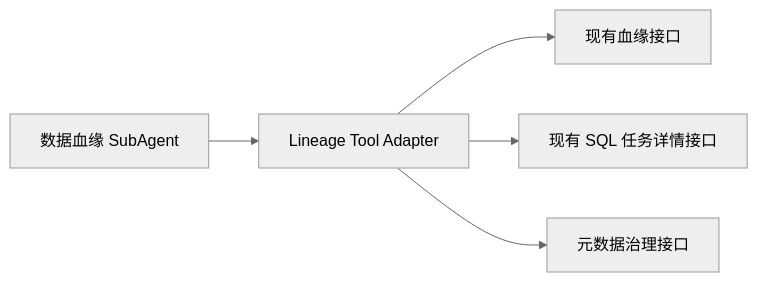
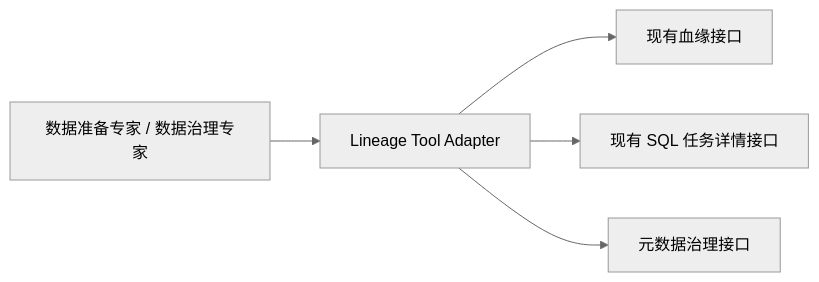
One commit to ShaneLiu001/dataasset changed the first of 4 diagrams in 数据资产助手/92-附录-数据资产助手子Agent功能设计/06_数据血缘SubAgent功能设计.md. Above: the diagram before and after it, drawn with Mermaid (neutral theme). The commit also changed other lines of this file and 23 other files, not shown here.

````diff
--- a/数据资产助手/92-附录-数据资产助手子Agent功能设计/06_数据血缘SubAgent功能设计.md
+++ b/数据资产助手/92-附录-数据资产助手子Agent功能设计/06_数据血缘SubAgent功能设计.md
@@ -114,7 +114,7 @@
 ```mermaid
 flowchart LR
-  Agent[数据血缘 SubAgent] --> Tool[Lineage Tool Adapter]
+  Agent[数据准备专家 / 数据治理专家] --> Tool[Lineage Tool Adapter]
   Tool --> LineageApi[现有血缘接口]
   Tool --> TaskApi[现有 SQL 任务详情接口]
   Tool --> MetadataApi[元数据治理接口]
 ```
````
